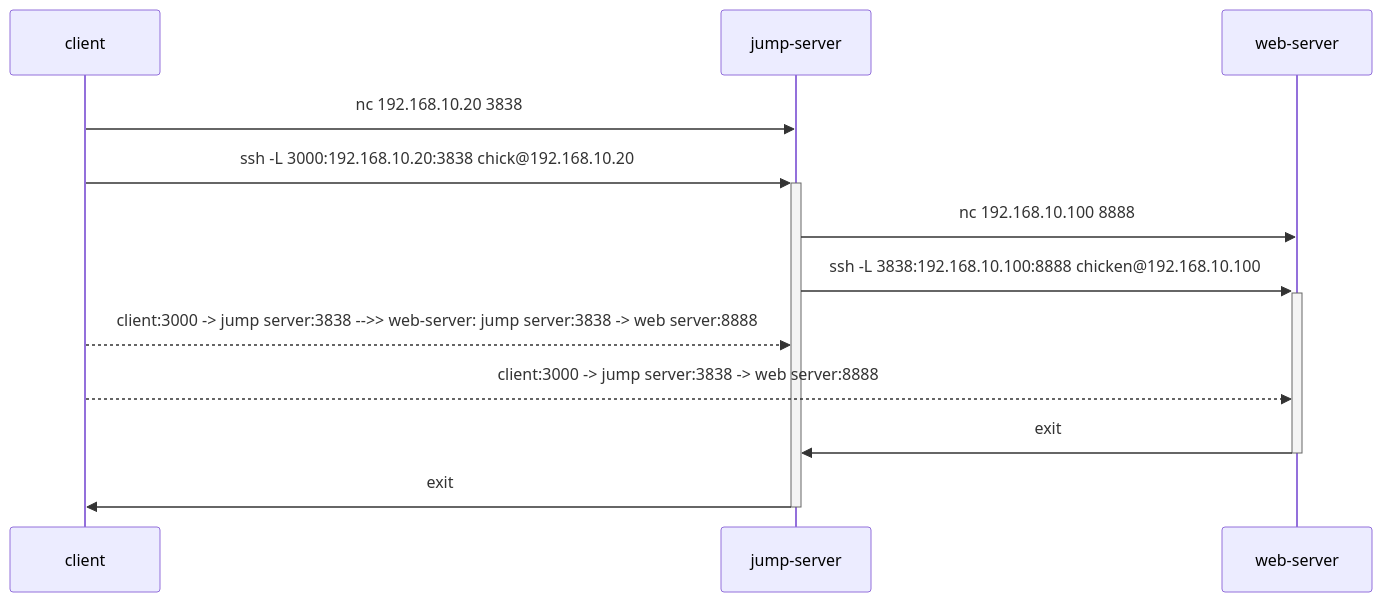
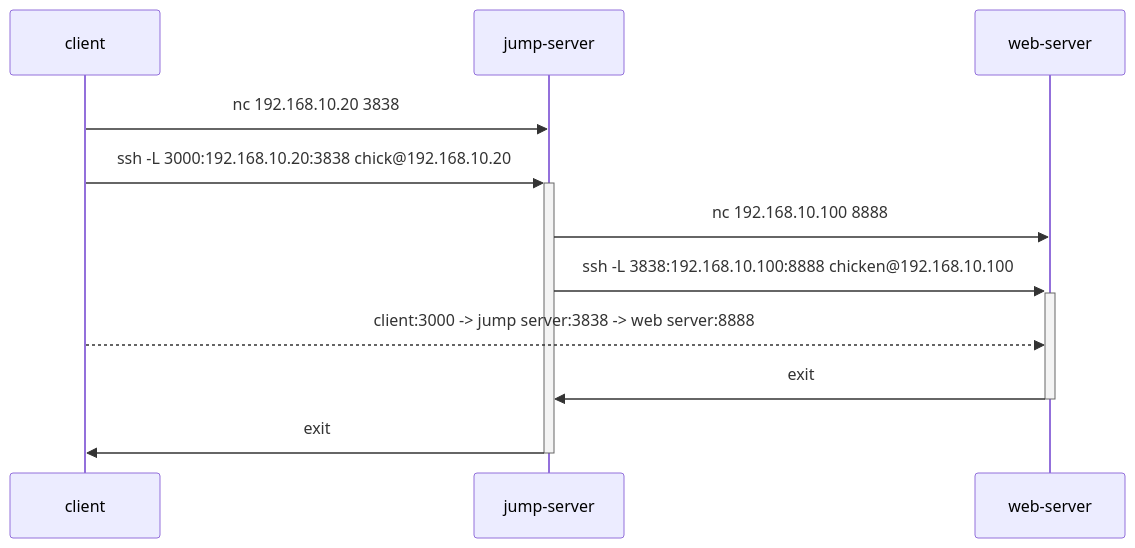
One commit to qwasium/ssh-memo changed the first of 2 diagrams in local-port-forward.md. Above: the diagram before and after it, drawn with Mermaid.

````diff
--- a/local-port-forward.md
+++ b/local-port-forward.md
@@ -37,11 +37,10 @@
 ```mermaid
 sequenceDiagram
   client ->> jump-server: nc 192.168.10.20 3838
   client ->> +jump-server: ssh -L 3000:192.168.10.20:3838 chick@192.168.10.20
   jump-server ->> web-server: nc 192.168.10.100 8888
   jump-server ->> +web-server: ssh -L 3838:192.168.10.100:8888 chicken@192.168.10.100
-  client -->> jump-server: client:3000 -> jump server:3838  -->> web-server: jump server:3838 -> web server:8888
   client -->> web-server: client:3000 -> jump server:3838 -> web server:8888
   web-server ->> -jump-server: exit
   jump-server ->> -client: exit
 ```
````
